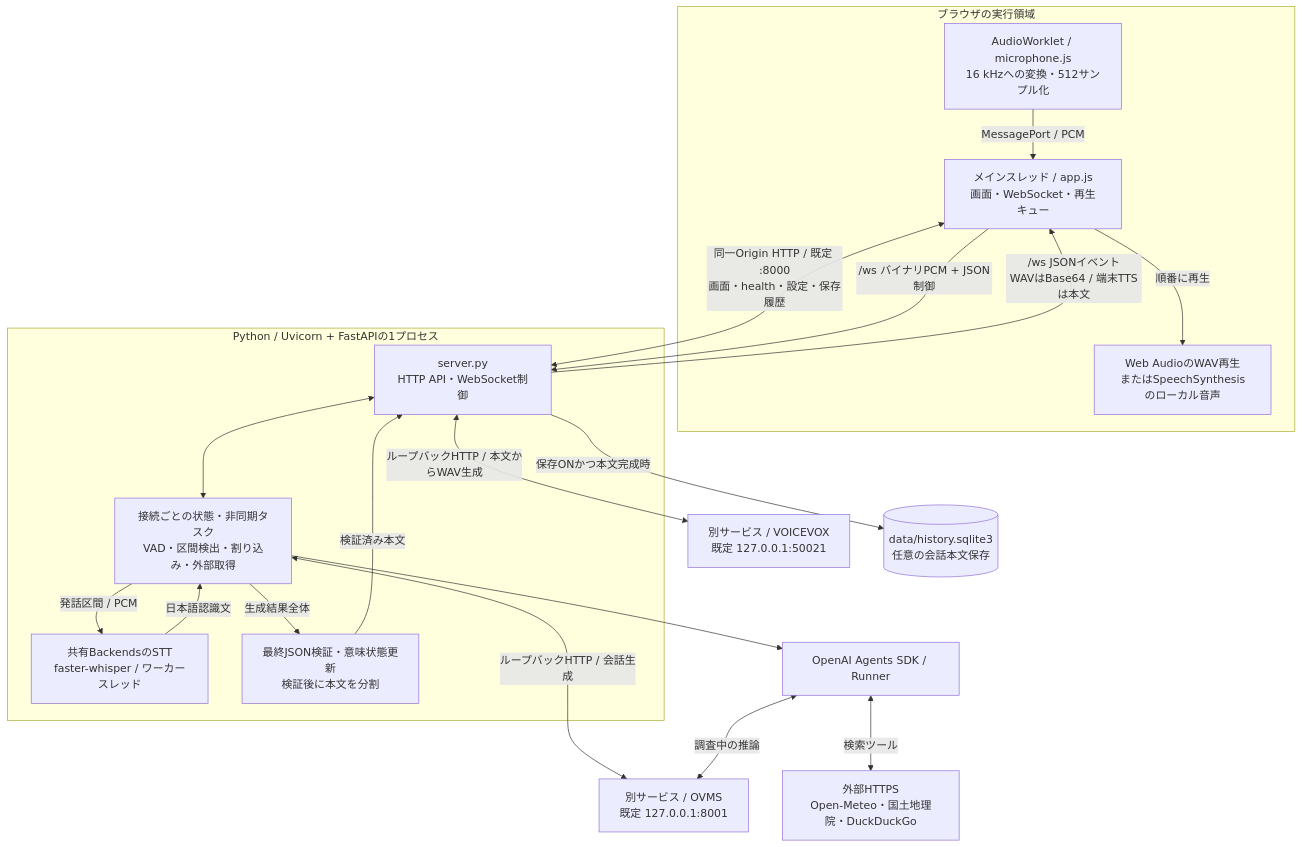
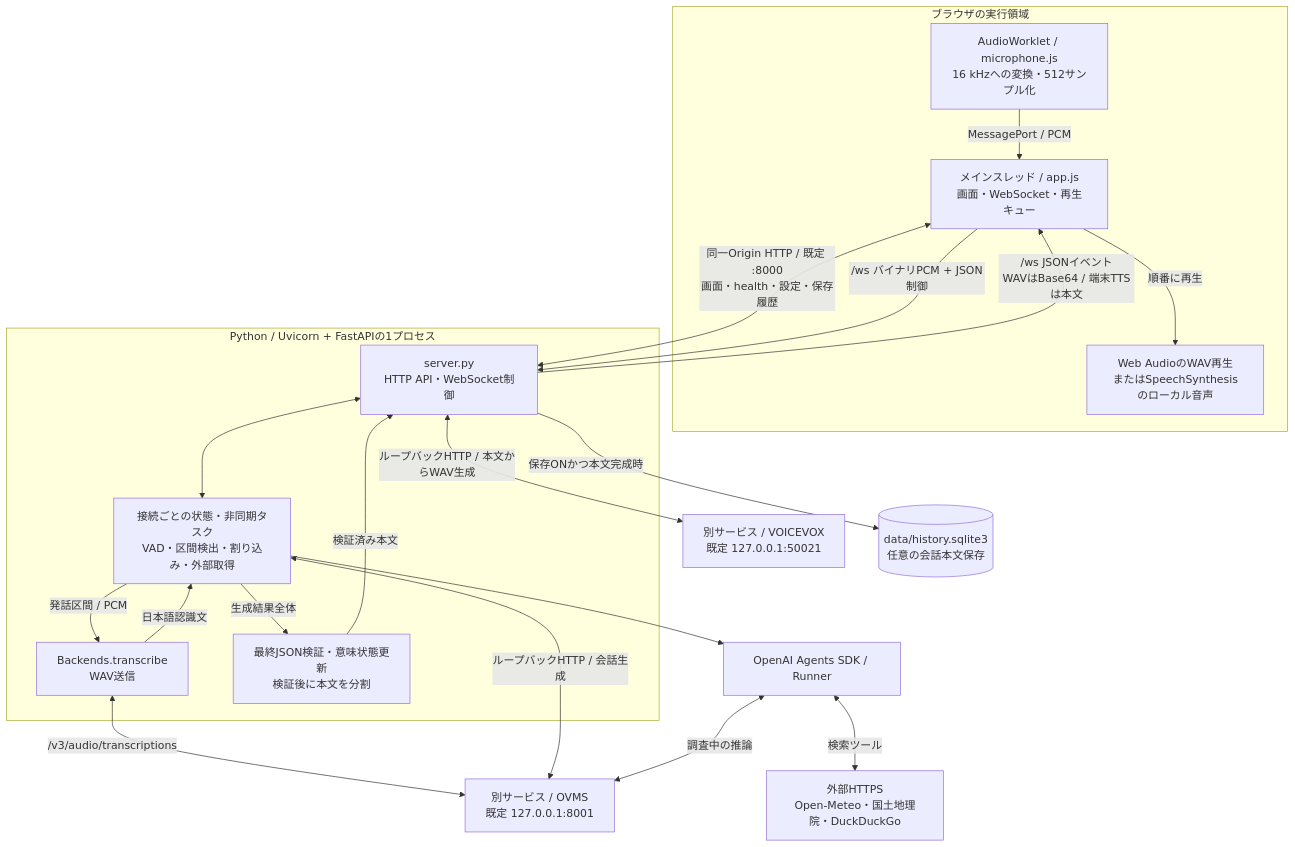
One commit to kazukiminemura/aivo changed the second of 5 diagrams in docs/architecture.md. Above: the diagram before and after it, drawn with Mermaid. The commit also changed other lines of this file and 25 other files, not shown here.

````diff
--- a/docs/architecture.md
+++ b/docs/architecture.md
@@ -52,34 +52,35 @@
 ```mermaid
 flowchart TB
     subgraph Browser[ブラウザの実行領域]
         UI["メインスレッド / app.js<br/>画面・WebSocket・再生キュー"]
         AW["AudioWorklet / microphone.js<br/>16 kHzへの変換・512サンプル化"]
         PLAY["Web AudioのWAV再生<br/>またはSpeechSynthesisのローカル音声"]
         AW -->|MessagePort / PCM| UI
         UI -->|順番に再生| PLAY
     end
     subgraph Python[Python / Uvicorn + FastAPIの1プロセス]
         API["server.py<br/>HTTP API・WebSocket制御"]
         FLOW["接続ごとの状態・非同期タスク<br/>VAD・区間検出・割り込み・外部取得"]
-        STT["共有BackendsのSTT<br/>faster-whisper / ワーカースレッド"]
+        STT["Backends.transcribe<br/>WAV送信"]
         VALID["最終JSON検証・意味状態更新<br/>検証後に本文を分割"]
         API <--> FLOW
         FLOW -->|発話区間 / PCM| STT
         STT -->|日本語認識文| FLOW
         FLOW -->|生成結果全体| VALID
         VALID -->|検証済み本文| API
     end
     O["別サービス / OVMS<br/>既定 127.0.0.1:8001"]
     V["別サービス / VOICEVOX<br/>既定 127.0.0.1:50021"]
     EXT["外部HTTPS<br/>Open-Meteo・国土地理院・DuckDuckGo"]
     DB[("data/history.sqlite3<br/>任意の会話本文保存")]
     UI <-->|"同一Origin HTTP / 既定 :8000<br/>画面・health・設定・保存履歴"| API
     UI -->|"/ws バイナリPCM + JSON制御"| API
     API -->|"/ws JSONイベント<br/>WAVはBase64 / 端末TTSは本文"| UI
+    STT <-->|/v3/audio/transcriptions| O
     FLOW <-->|ループバックHTTP / 会話生成| O
     FLOW --> SDK[OpenAI Agents SDK / Runner]
     SDK <-->|調査中の推論| O
     SDK <-->|検索ツール| EXT
     API <-->|ループバックHTTP / 本文からWAV生成| V
     API -->|保存ONかつ本文完成時| DB
 ```
````
